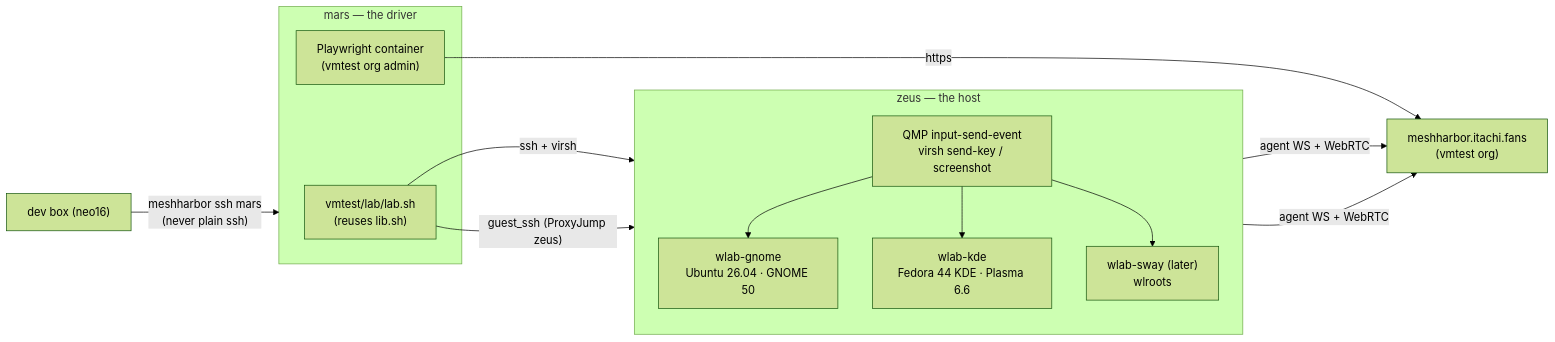
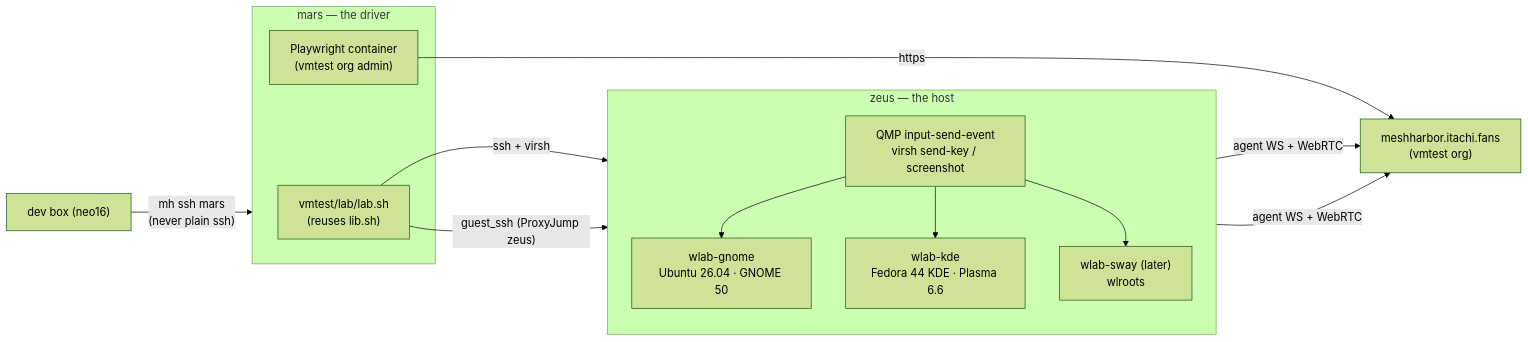
One commit to jk-zhang-meta/MeshHarbor changed the first of 3 diagrams in docs/fr/FR-93-wayland-out-of-the-box.md. Above: the diagram before and after it, drawn with Mermaid (forest theme). The commit also changed other lines of this file and 323 other files, not shown here.

````diff
--- a/docs/fr/FR-93-wayland-out-of-the-box.md
+++ b/docs/fr/FR-93-wayland-out-of-the-box.md
@@ -176,20 +176,20 @@
 ```mermaid
 flowchart LR
-    DEV["dev box (neo16)"] -- "meshharbor ssh mars<br/>(never plain ssh)" --> MARS
+    DEV["dev box (neo16)"] -- "mh ssh mars<br/>(never plain ssh)" --> MARS
     subgraph MARS["mars — the driver"]
         LAB["vmtest/lab/lab.sh<br/>(reuses lib.sh)"]
         PW["Playwright container<br/>(vmtest org admin)"]
     end
     subgraph ZEUS["zeus — the host"]
         direction TB
         Q["QMP input-send-event<br/>virsh send-key / screenshot"]
         G1["wlab-gnome<br/>Ubuntu 26.04 · GNOME 50"]
         G2["wlab-kde<br/>Fedora 44 KDE · Plasma 6.6"]
         G3["wlab-sway (later)<br/>wlroots"]
         Q --> G1 & G2 & G3
     end
     LAB -- "ssh + virsh" --> Q
     LAB -- "guest_ssh (ProxyJump zeus)" --> G1
     PW -- "https" --> PROD["meshharbor.itachi.fans<br/>(vmtest org)"]
     G1 & G2 -- "agent WS + WebRTC" --> PROD
 ```
````
